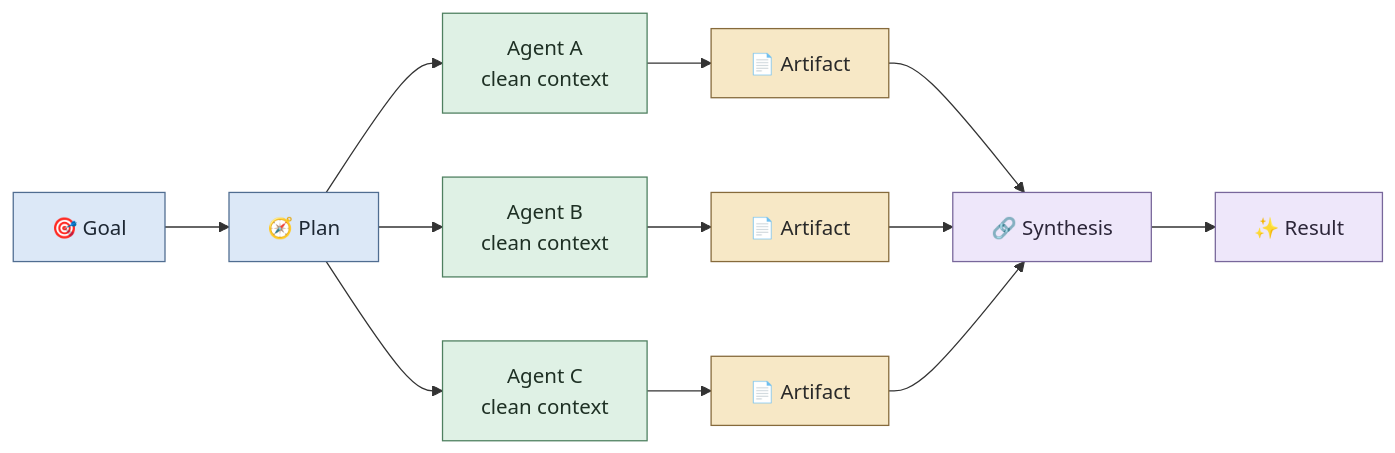
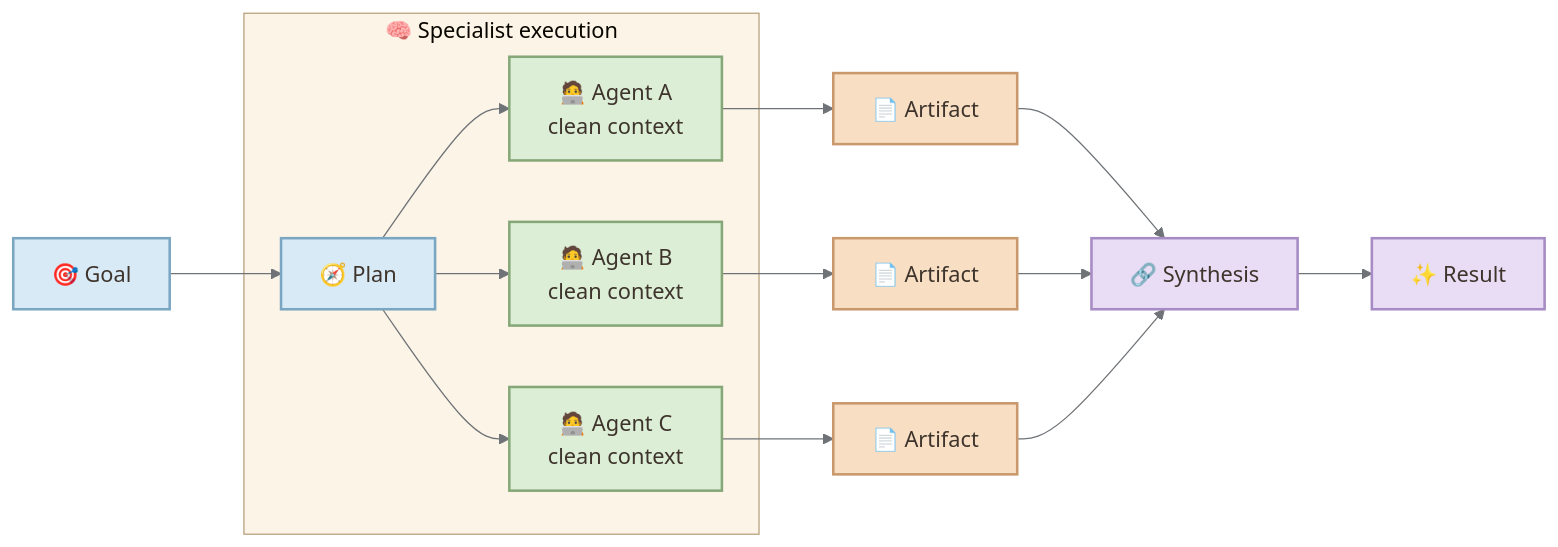
The fourth of 4 diagrams in _posts/2026-09-19-from-society-of-mind-to-societies-of-ai-agents.md (enogrob/enogrob.github.io), drawn with Mermaid before and after one commit. The commit also changed other lines of this file and 4 other files, not shown here.

````diff
--- a/_posts/2026-09-19-from-society-of-mind-to-societies-of-ai-agents.md
+++ b/_posts/2026-09-19-from-society-of-mind-to-societies-of-ai-agents.md
@@ -316,26 +333,30 @@
 ```mermaid!
+%%{init: {'theme':'base','flowchart':{'useMaxWidth':true,'htmlLabels':true,'nodeSpacing':48,'rankSpacing':58,'curve':'basis'},'themeVariables':{'background':'#FFF8EF','primaryTextColor':'#3E342C','lineColor':'#6F7377','fontFamily':'Trebuchet MS, Verdana, sans-serif','fontSize':'17px','clusterBkg':'#FBF4E7','clusterBorder':'#B8A17D'}}}%%
 flowchart LR
     G["🎯 Goal"] --> P["🧭 Plan"]
-    P --> S1["Agent A<br/>clean context"]
-    P --> S2["Agent B<br/>clean context"]
-    P --> S3["Agent C<br/>clean context"]
+
+    subgraph W1["🧠 Specialist execution"]
+      P --> S1["🧑‍💻 Agent A<br/>clean context"]
+      P --> S2["🧑‍💻 Agent B<br/>clean context"]
+      P --> S3["🧑‍💻 Agent C<br/>clean context"]
+    end
 
     S1 --> A1["📄 Artifact"]
     S2 --> A2["📄 Artifact"]
     S3 --> A3["📄 Artifact"]
 
     A1 --> SYN["🔗 Synthesis"]
     A2 --> SYN
     A3 --> SYN
     SYN --> R["✨ Result"]
 
-    classDef plan fill:#dce8f7,stroke:#506d91,color:#1d2733;
-    classDef agent fill:#dff1e5,stroke:#4f8060,color:#1e3024;
-    classDef artifact fill:#f7e8c6,stroke:#866a3b,color:#292929;
-    classDef result fill:#eee7fa,stroke:#78679b,color:#2c2639;
+    classDef plan fill:#D9EAF7,stroke:#7AA6C2,color:#3E342C,stroke-width:2px;
+    classDef specialist fill:#DCEFD6,stroke:#86A878,color:#3E342C,stroke-width:2px;
+    classDef artifact fill:#F8DFC4,stroke:#C9986D,color:#3E342C,stroke-width:2px;
+    classDef result fill:#E8DDF5,stroke:#A68BC4,color:#3E342C,stroke-width:2px;
 
     class G,P plan;
-    class S1,S2,S3 agent;
+    class S1,S2,S3 specialist;
     class A1,A2,A3 artifact;
     class SYN,R result;
 ```
````
